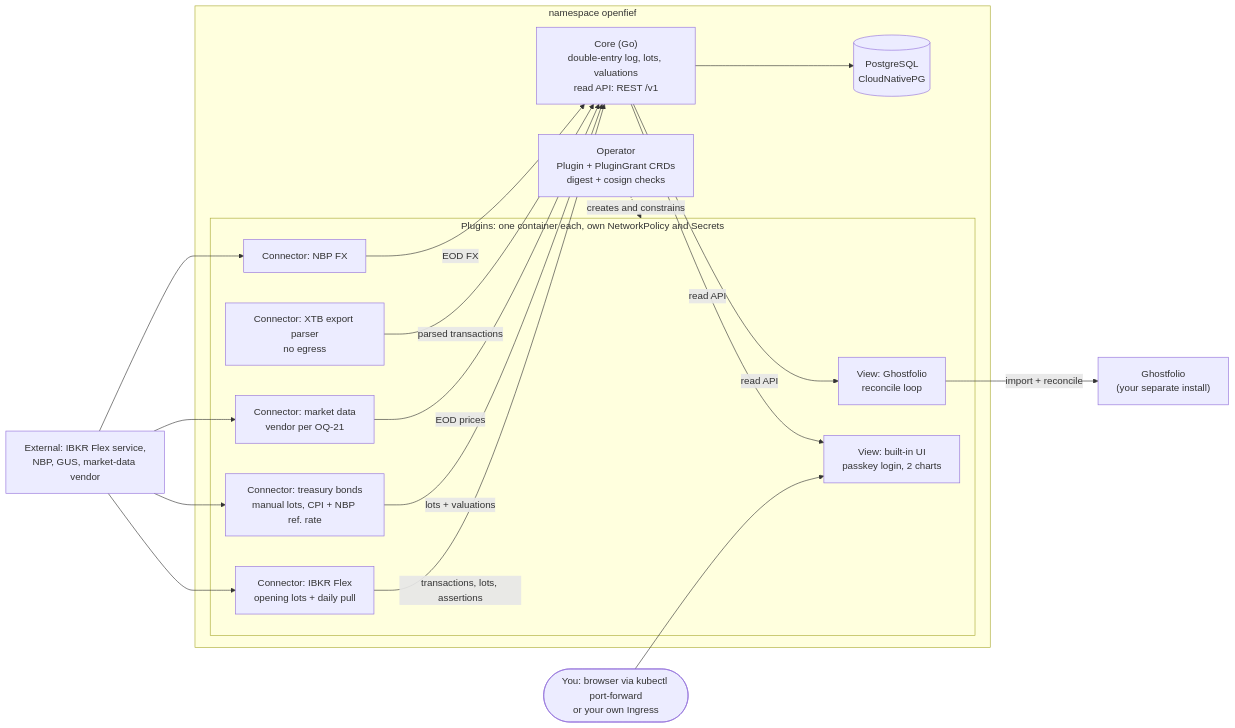
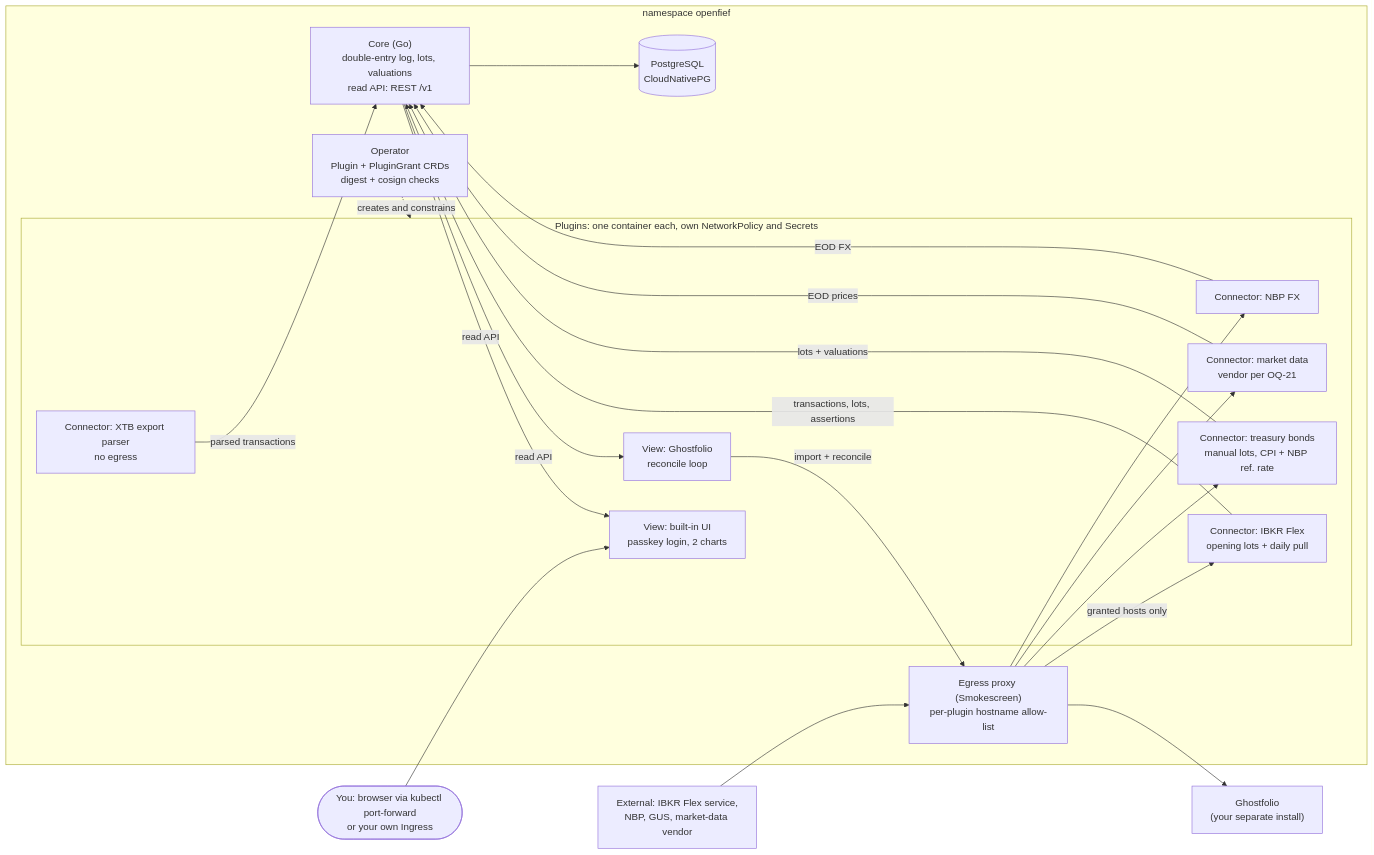
Before and after one commit to arkadiuss/openfief: the second of 2 diagrams in docs/DESIGN.md, drawn with Mermaid. The commit also changed other lines of this file and 1 other file, not shown here.

First line of the commit message:
docs: decide plugin egress via Smokescreen proxy (D-32)

````diff
--- a/docs/DESIGN.md
+++ b/docs/DESIGN.md
@@ -518,38 +532,41 @@
 ```mermaid
 flowchart LR
   you(["You: browser via kubectl port-forward<br/>or your own Ingress"])
 
   subgraph ns["namespace openfief"]
     op["Operator<br/>Plugin + PluginGrant CRDs<br/>digest + cosign checks"]
     core["Core (Go)<br/>double-entry log, lots, valuations<br/>read API: REST /v1"]
     pg[("PostgreSQL<br/>CloudNativePG")]
+    egress["Egress proxy (Smokescreen)<br/>per-plugin hostname allow-list"]
     subgraph plugins["Plugins: one container each, own NetworkPolicy and Secrets"]
       ui["View: built-in UI<br/>passkey login, 2 charts"]
       gfp["View: Ghostfolio<br/>reconcile loop"]
       ibkr["Connector: IBKR Flex<br/>opening lots + daily pull"]
       xtb["Connector: XTB export parser<br/>no egress"]
       bonds["Connector: treasury bonds<br/>manual lots, CPI + NBP ref. rate"]
       md["Connector: market data<br/>vendor per OQ-21"]
       nbp["Connector: NBP FX"]
     end
   end
 
   gf["Ghostfolio<br/>(your separate install)"]
   ext["External: IBKR Flex service,<br/>NBP, GUS, market-data vendor"]
 
   op -. "creates and constrains" .-> plugins
   core --> pg
   you --> ui
   core -- "read API" --> ui
   core -- "read API" --> gfp
-  gfp -- "import + reconcile" --> gf
+  gfp -- "import + reconcile" --> egress
+  egress --> gf
   ibkr -- "transactions, lots, assertions" --> core
   xtb -- "parsed transactions" --> core
   bonds -- "lots + valuations" --> core
   md -- "EOD prices" --> core
   nbp -- "EOD FX" --> core
-  ext --> ibkr
-  ext --> bonds
-  ext --> md
-  ext --> nbp
+  ext --> egress
+  egress -- "granted hosts only" --> ibkr
+  egress --> bonds
+  egress --> md
+  egress --> nbp
 ```
````
